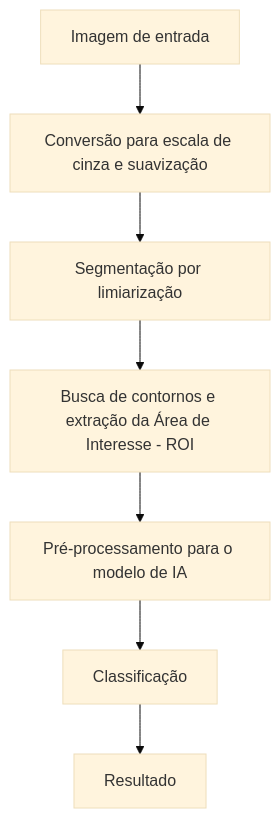
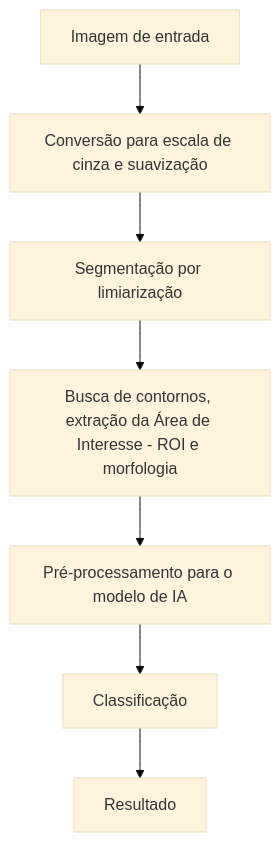
One commit to Max9582/identificacao-e-contagem-de-moedas changed the diagram in docs/proposta.md. Above: the diagram before and after it, drawn with Mermaid (base theme). The commit also changed other lines of this file, not shown here.

````diff
--- a/docs/proposta.md
+++ b/docs/proposta.md
@@ -53,13 +53,13 @@
 ```mermaid
 flowchart TD
     A[Imagem de entrada]
     --> B[Conversão para escala de cinza e suavização]
     --> C[Segmentação por limiarização]
-    --> D[Busca de contornos e extração da Área de Interesse - ROI]
+    --> D[Busca de contornos, extração da Área de Interesse - ROI e morfologia]
     --> E[Pré-processamento para o modelo de IA]
     --> F[Classificação]
     --> G[Resultado]
 
 
 
 ```
````
